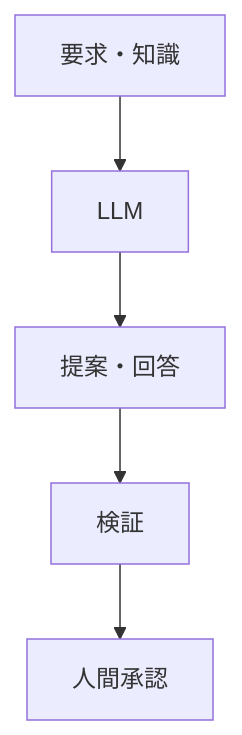
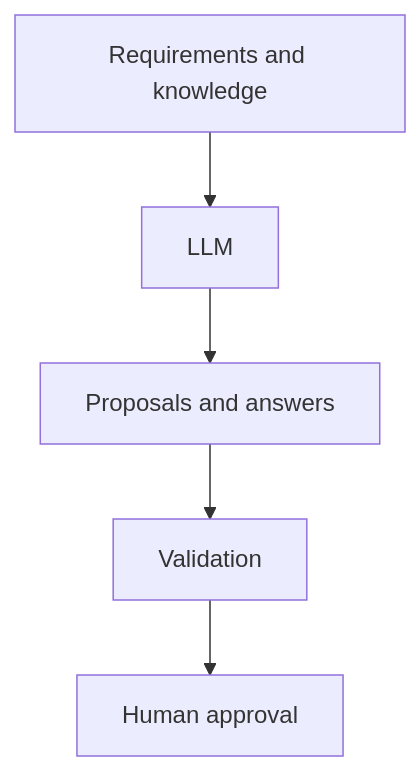
One commit to daylight55/research changed the fourth of 8 diagrams in content/blog/en/ontology-concept.mdx. Above: the diagram before and after it, drawn with Mermaid. The commit also changed other lines of this file and 26 other files, not shown here.

Commit message:
Translate English Mermaid labels

````diff
--- a/content/blog/en/ontology-concept.mdx
+++ b/content/blog/en/ontology-concept.mdx
@@ -184,7 +184,7 @@
 ```mermaid
 flowchart TD
-  Ctx["要求・知識"] --> LLM["LLM"]
-  LLM --> Draft["提案・回答"]
-  Draft --> Val["検証"]
-  Val --> Human["人間承認"]
+  Ctx["Requirements and knowledge"] --> LLM["LLM"]
+  LLM --> Draft["Proposals and answers"]
+  Draft --> Val["Validation"]
+  Val --> Human["Human approval"]
 ```
````
